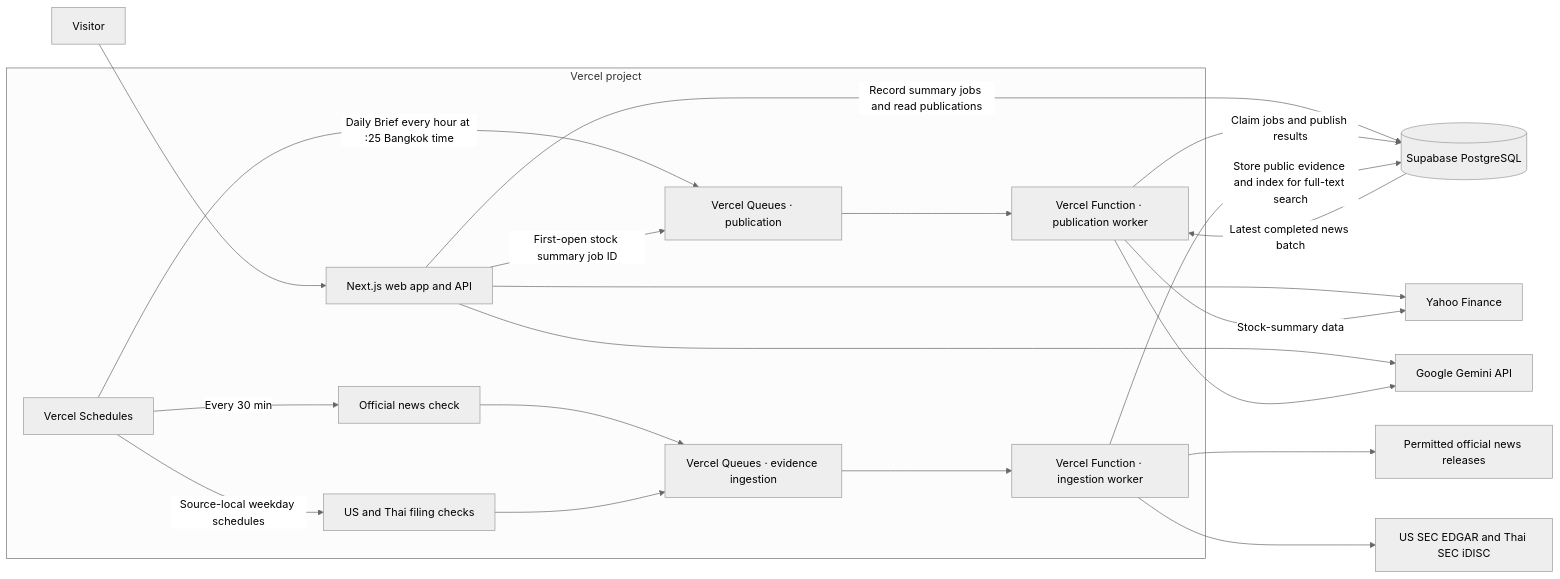
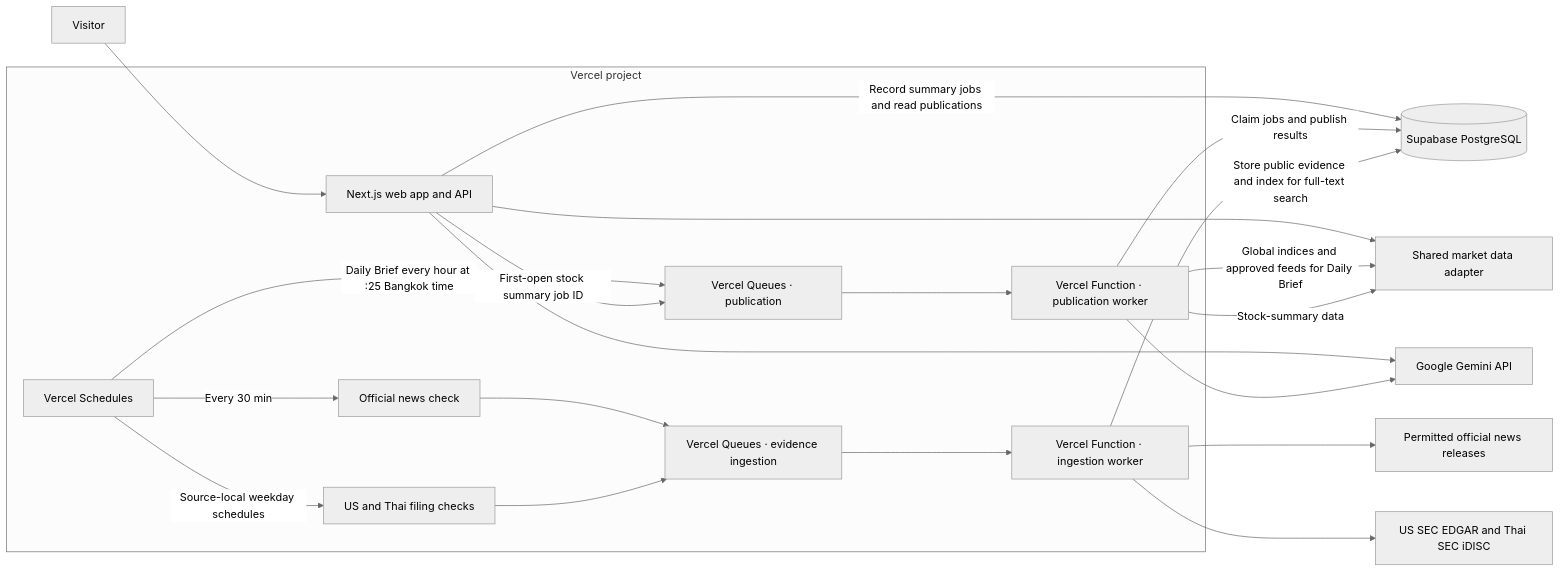
The diagram in docs/phase-1-planning/architecture.md (senella02/smart-financial-advisor), drawn with Mermaid (neutral theme) before and after one commit. The commit also changed 18 other files, not shown here.

Commit message:
docs: update Daily Brief coverage and evidence ingestion

````diff
--- a/docs/phase-1-planning/architecture.md
+++ b/docs/phase-1-planning/architecture.md
@@ -9,26 +9,26 @@
 ```mermaid
 flowchart LR
     Visitor["Visitor"] --> Web
 
     subgraph Vercel["Vercel project"]
         Web["Next.js web app and API"]
         Scheduler["Vercel Schedules"] -->|Daily Brief every hour at :25 Bangkok time| Queue["Vercel Queues · publication"]
         Scheduler -->|Every 30 min| NewsCheck["Official news check"]
         Scheduler -->|Source-local weekday schedules| FilingCheck["US and Thai filing checks"]
         NewsCheck & FilingCheck --> IngestQueue["Vercel Queues · evidence ingestion"]
         Web -->|First-open stock summary job ID| Queue
         Queue --> Worker["Vercel Function · publication worker"]
         IngestQueue --> IngestWorker["Vercel Function · ingestion worker"]
     end
 
     Web -->|Record summary jobs and read publications| DB[("Supabase PostgreSQL")]
     Worker -->|Claim jobs and publish results| DB
-    DB -->|Latest completed news batch| Worker
     IngestWorker -->|Store public evidence and index for full-text search| DB
-    Web --> Market["Yahoo Finance"]
+    Web --> Market["Shared market data adapter"]
+    Worker -->|Global indices and approved feeds for Daily Brief| Market
     Worker -->|Stock-summary data| Market
     IngestWorker --> News["Permitted official news releases"]
     IngestWorker --> Filings["US SEC EDGAR and Thai SEC iDISC"]
     Web --> Gemini["Google Gemini API"]
     Worker --> Gemini
 ```
````
